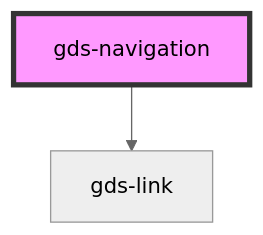
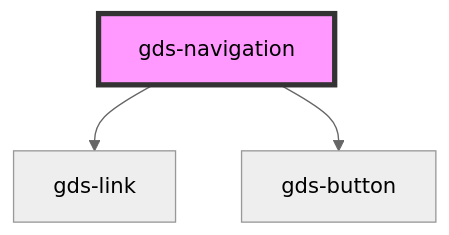
Before and after one commit to generoi/genero-design-system: the diagram in src/components/gds-navigation/readme.md, drawn with Mermaid (neutral theme). The commit also changed other lines of this file and 13 other files, not shown here.

````diff
--- a/src/components/gds-navigation/readme.md
+++ b/src/components/gds-navigation/readme.md
@@ -21,5 +22,6 @@
 ```mermaid
 graph TD;
   gds-navigation --> gds-link
+  gds-navigation --> gds-button
   style gds-navigation fill:#f9f,stroke:#333,stroke-width:4px
 ```
````
